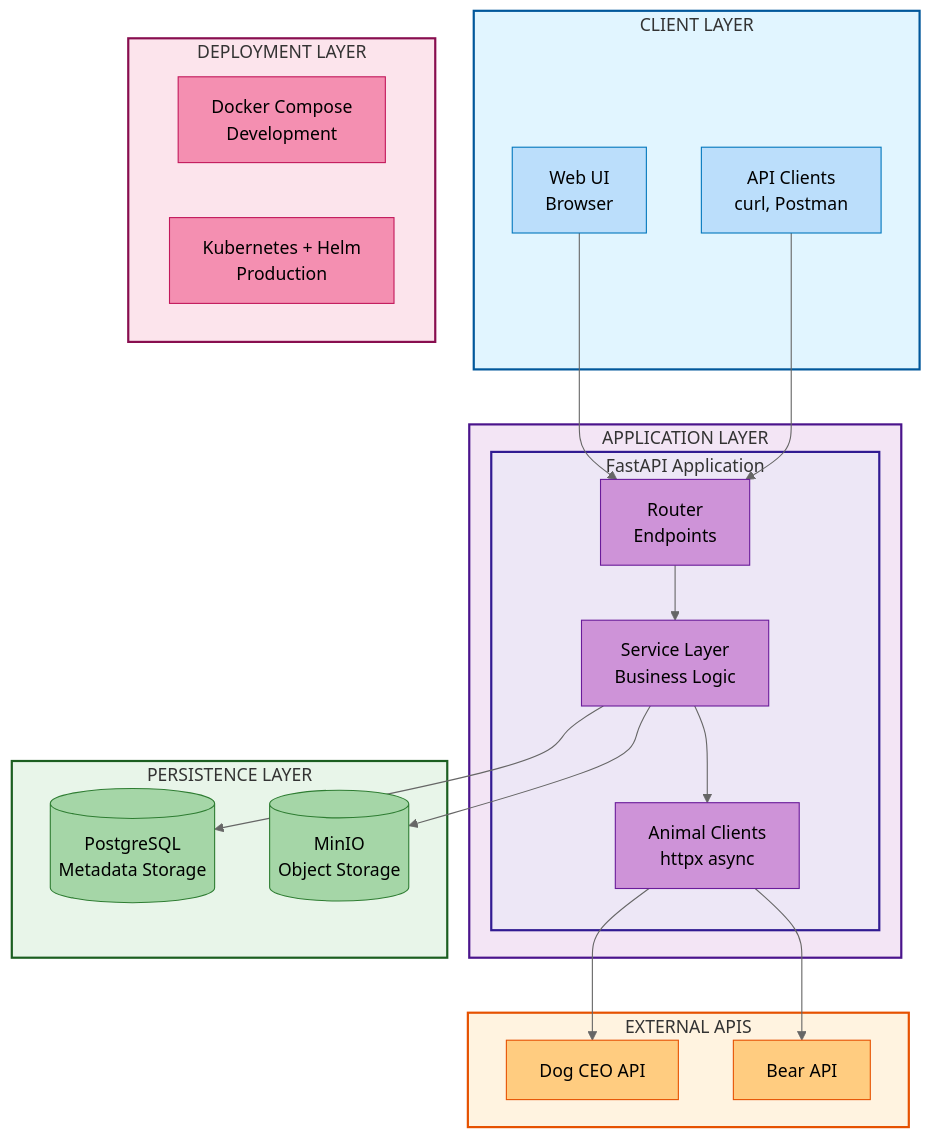
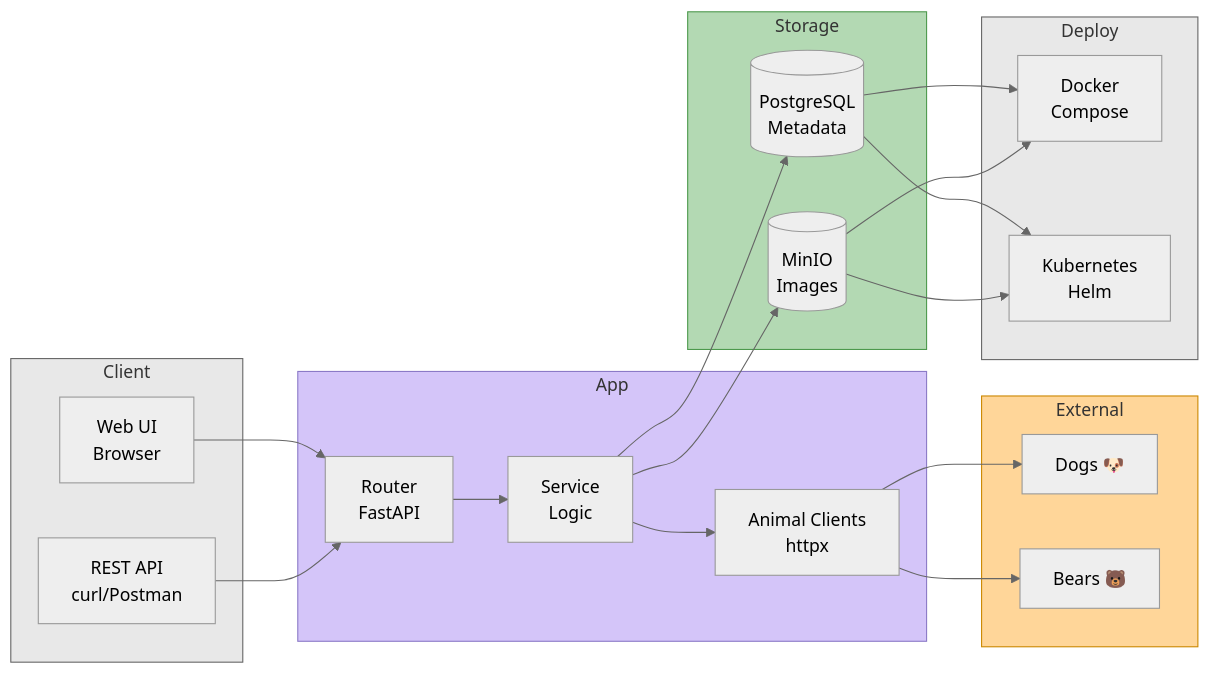
The diagram in README.md (sanket4373/animal-pics), drawn with Mermaid (neutral theme) before and after one commit. The commit also changed other lines of this file, not shown here.

````diff
--- a/README.md
+++ b/README.md
@@ -50,58 +47,47 @@
 ```mermaid
-flowchart TB
-    subgraph CLIENT["CLIENT LAYER"]
+graph LR
+    subgraph Client
         UI[Web UI<br/>Browser]
-        API[API Clients<br/>curl, Postman]
+        REST[REST API<br/>curl/Postman]
     end
-
-    subgraph APP["APPLICATION LAYER"]
-        subgraph FASTAPI["FastAPI Application"]
-            ROUTER[Router<br/>Endpoints]
-            SERVICE[Service Layer<br/>Business Logic]
-            CLIENTS[Animal Clients<br/>httpx async]
-        end
+    
+    subgraph App
+        Router[Router<br/>FastAPI]
+        Service[Service<br/>Logic]
+        Clients[Animal Clients<br/>httpx]
     end
-
-    subgraph EXTERNAL["EXTERNAL APIS"]
-        DOG[Dog CEO API]
-        BEAR[Bear API]
+    
+    subgraph External
+        Dogs[Dogs 🐶]
+        Bears[Bears 🐻]
     end
-
-    subgraph PERSIST["PERSISTENCE LAYER"]
-        POSTGRES[(PostgreSQL<br/>Metadata Storage)]
-        MINIO[(MinIO<br/>Object Storage)]
+    
+    subgraph Storage
+        DB[(PostgreSQL<br/>Metadata)]
+        S3[(MinIO<br/>Images)]
     end
-
-    subgraph DEPLOY["DEPLOYMENT LAYER"]
-        COMPOSE[Docker Compose<br/>Development]
-        K8S[Kubernetes + Helm<br/>Production]
+    
+    subgraph Deploy
+        Compose[Docker<br/>Compose]
+        K8S[Kubernetes<br/>Helm]
     end
-
-    UI --> ROUTER
-    API --> ROUTER
-    ROUTER --> SERVICE
-    SERVICE --> CLIENTS
-    SERVICE --> POSTGRES
-    SERVICE --> MINIO
-    CLIENTS --> DOG
-    CLIENTS --> BEAR
-
-    style CLIENT fill:#e1f5ff,stroke:#01579b,stroke-width:2px
-    style APP fill:#f3e5f5,stroke:#4a148c,stroke-width:2px
-    style FASTAPI fill:#ede7f6,stroke:#311b92,stroke-width:2px
-    style EXTERNAL fill:#fff3e0,stroke:#e65100,stroke-width:2px
-    style PERSIST fill:#e8f5e9,stroke:#1b5e20,stroke-width:2px
-    style DEPLOY fill:#fce4ec,stroke:#880e4f,stroke-width:2px
     
-    style UI fill:#bbdefb,stroke:#0277bd
-    style API fill:#bbdefb,stroke:#0277bd
-    style ROUTER fill:#ce93d8,stroke:#6a1b9a
-    style SERVICE fill:#ce93d8,stroke:#6a1b9a
-    style CLIENTS fill:#ce93d8,stroke:#6a1b9a
-    style DOG fill:#ffcc80,stroke:#e65100
-    style BEAR fill:#ffcc80,stroke:#e65100
-    style POSTGRES fill:#a5d6a7,stroke:#2e7d32
-    style MINIO fill:#a5d6a7,stroke:#2e7d32
-    style COMPOSE fill:#f48fb1,stroke:#c2185b
-    style K8S fill:#f48fb1,stroke:#c2185b
+    UI --> Router
+    REST --> Router
+    Router --> Service
+    Service --> Clients
+    Service --> DB
+    Service --> S3
+    Clients --> Dogs
+    Clients --> Bears
+    DB --> Compose
+    DB --> K8S
+    S3 --> Compose
+    S3 --> K8S
+    
+    style Client fill:#e8e8e8,stroke:#666
+    style App fill:#d4c5f9,stroke:#8b7ac7
+    style External fill:#ffd699,stroke:#cc8800
+    style Storage fill:#b3d9b3,stroke:#4d994d
+    style Deploy fill:#e8e8e8,stroke:#666
 ```
````
